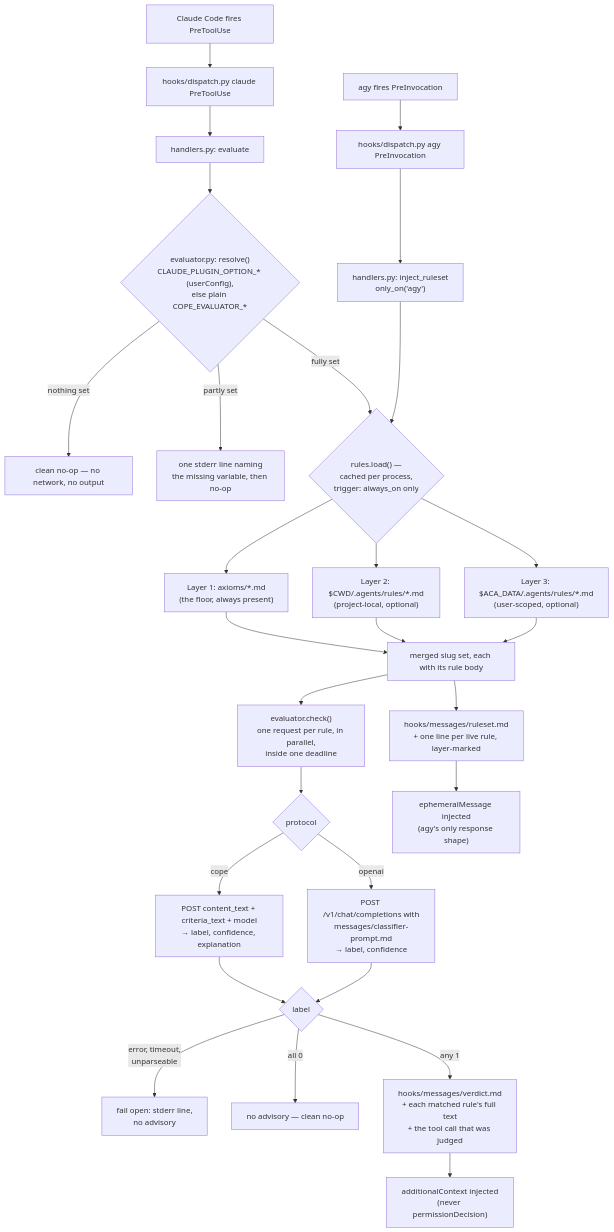
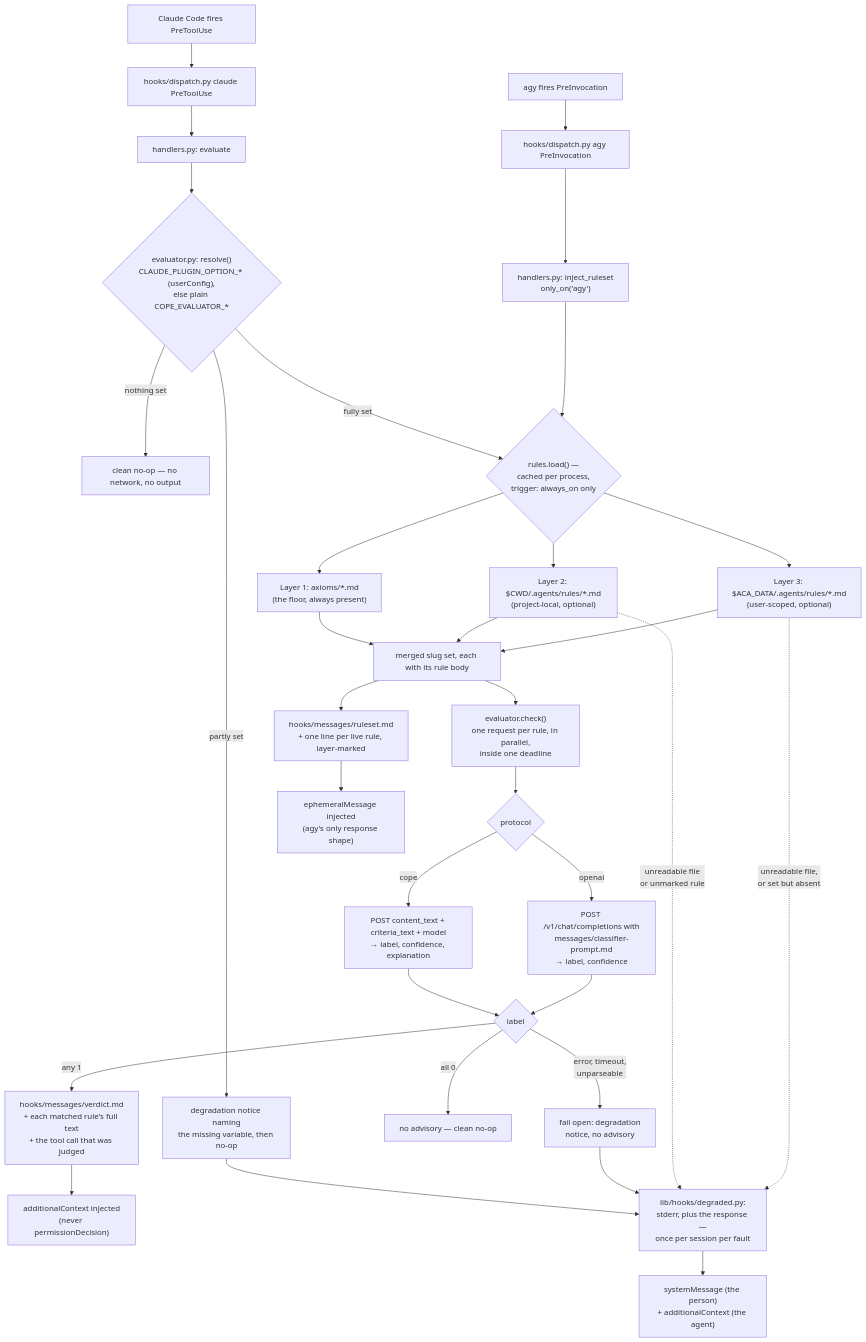
One commit to nicsuzor/academicOps changed the diagram in plugins/cope/README.md. Above: the diagram before and after it, drawn with Mermaid. The commit also changed other lines of this file and 14 other files, not shown here.

````diff
--- a/plugins/cope/README.md
+++ b/plugins/cope/README.md
@@ -5,34 +5,41 @@
 ```mermaid
 flowchart TD
     A[Claude Code fires PreToolUse] --> B["hooks/dispatch.py claude PreToolUse"]
     A2[agy fires PreInvocation] --> B2["hooks/dispatch.py agy PreInvocation"]
     B --> C["handlers.py: evaluate"]
     B2 --> C2["handlers.py: inject_ruleset<br/>only_on('agy')"]
 
     C --> R{"evaluator.py: resolve()<br/>CLAUDE_PLUGIN_OPTION_* (userConfig),<br/>else plain COPE_EVALUATOR_*"}
     R -->|nothing set| R1[clean no-op — no network, no output]
-    R -->|partly set| R2[one stderr line naming<br/>the missing variable, then no-op]
+    R -->|partly set| R2[degradation notice naming<br/>the missing variable, then no-op]
     R -->|fully set| D
 
     C2 --> D
     D{"rules.load() —<br/>cached per process,<br/>trigger: always_on only"} --> E1["Layer 1: axioms/*.md<br/>(the floor, always present)"]
     D --> E2["Layer 2: $CWD/.agents/rules/*.md<br/>(project-local, optional)"]
     D --> E3["Layer 3: $ACA_DATA/.agents/rules/*.md<br/>(user-scoped, optional)"]
     E1 --> F[merged slug set, each with its rule body]
     E2 --> F
     E3 --> F
 
     F --> G["evaluator.check()<br/>one request per rule, in parallel,<br/>inside one deadline"]
     G --> H{"protocol"}
     H -->|cope| H1["POST content_text + criteria_text + model<br/>→ label, confidence, explanation"]
     H -->|openai| H2["POST /v1/chat/completions with<br/>messages/classifier-prompt.md<br/>→ label, confidence"]
     H1 --> I{label}
     H2 --> I
-    I -->|error, timeout,<br/>unparseable| J["fail open: stderr line,<br/>no advisory"]
+    I -->|error, timeout,<br/>unparseable| J["fail open: degradation<br/>notice, no advisory"]
     I -->|all 0| K[no advisory — clean no-op]
     I -->|any 1| L["hooks/messages/verdict.md<br/>+ each matched rule's full text<br/>+ the tool call that was judged"]
     L --> M["additionalContext injected<br/>(never permissionDecision)"]
 
     F --> N["hooks/messages/ruleset.md<br/>+ one line per live rule, layer-marked"]
     N --> O["ephemeralMessage injected<br/>(agy's only response shape)"]
+
+    R2 --> P
+    J --> P
+    E2 -.->|unreadable file<br/>or unmarked rule| P
+    E3 -.->|unreadable file,<br/>or set but absent| P
+    P["lib/hooks/degraded.py:<br/>stderr, plus the response —<br/>once per session per fault"]
+    P --> Q["systemMessage (the person)<br/>+ additionalContext (the agent)"]
 ```
````
